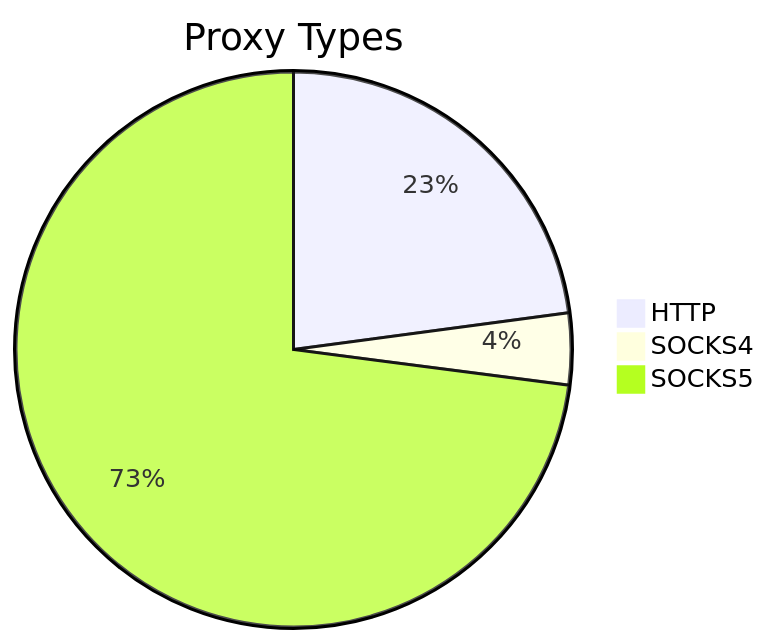
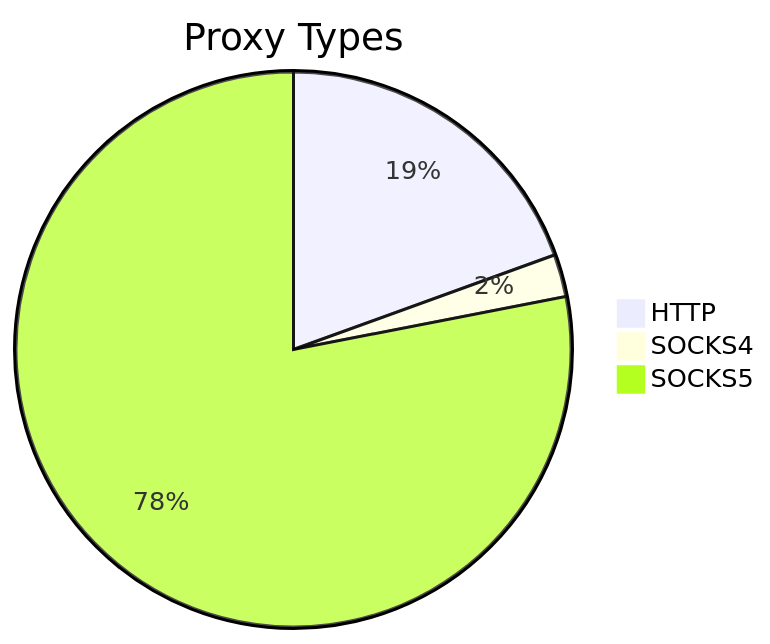
One commit to stormsia/proxy-list changed the first of 2 diagrams in README.md. Above: the diagram before and after it, drawn with Mermaid. The commit also changed other lines of this file, not shown here.

````diff
--- a/README.md
+++ b/README.md
@@ -21,6 +21,6 @@
 ```mermaid
 pie title Proxy Types
-    "HTTP" : 187
-    "SOCKS4" : 34
-    "SOCKS5" : 596
+    "HTTP" : 213
+    "SOCKS4" : 27
+    "SOCKS5" : 854
 ```
````
